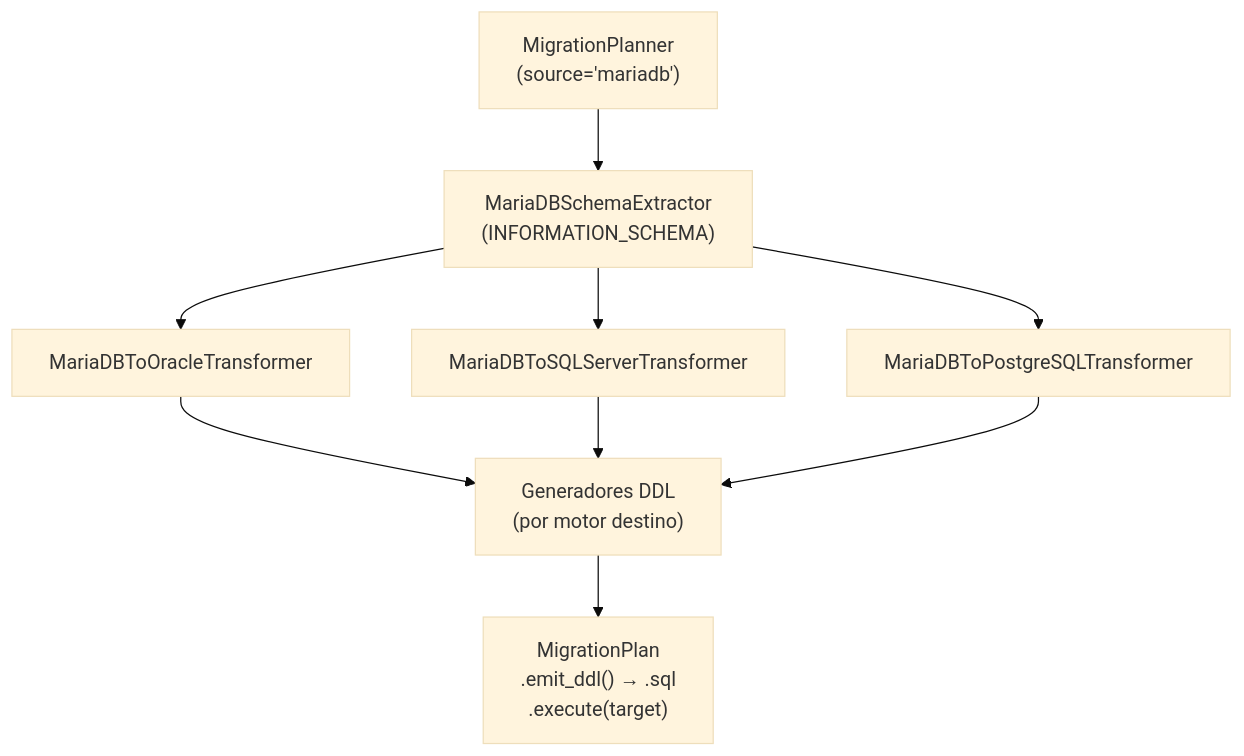
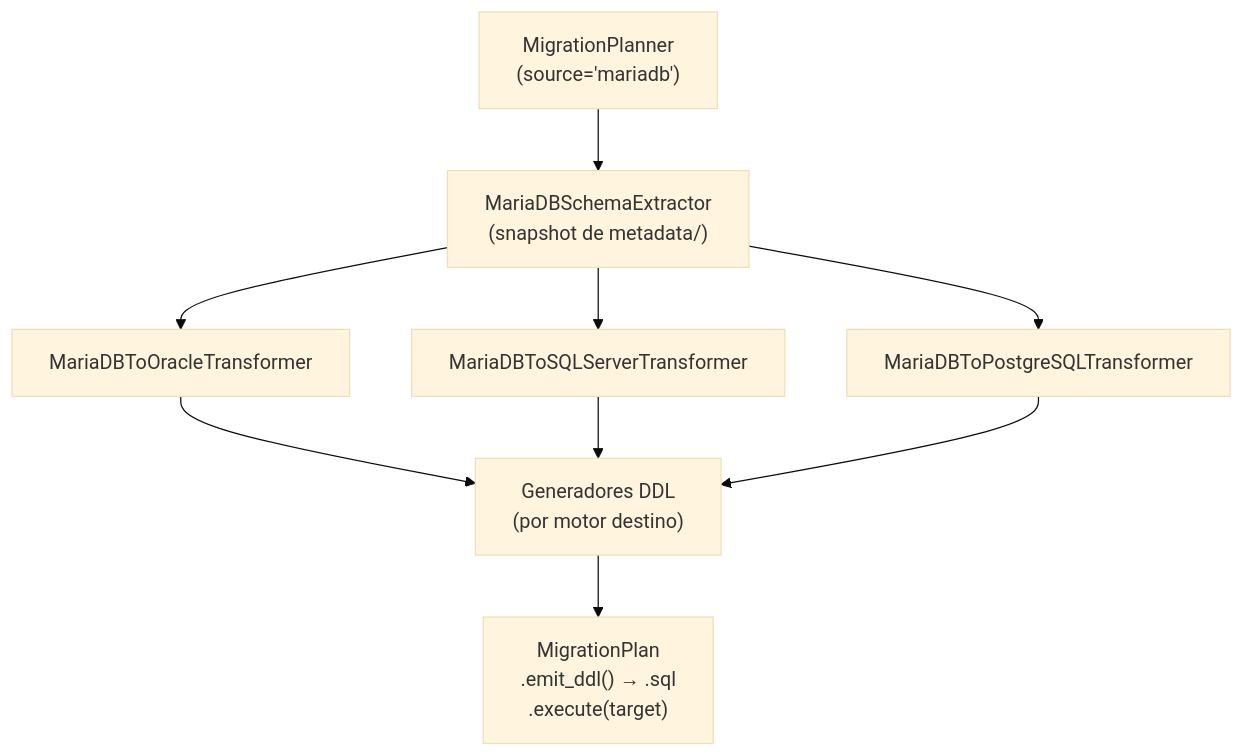
The diagram in docs/api/migrate_mariadb_source.md (fmanza/util_bbdd), drawn with Mermaid (base theme) before and after one commit. The commit also changed other lines of this file and 53 other files, not shown here.

````diff
--- a/docs/api/migrate_mariadb_source.md
+++ b/docs/api/migrate_mariadb_source.md
@@ -7,15 +7,15 @@
 ```mermaid
 flowchart TD
     PL["MigrationPlanner\n(source='mariadb')"]
-    EX["MariaDBSchemaExtractor\n(INFORMATION_SCHEMA)"]
+    EX["MariaDBSchemaExtractor\n(snapshot de metadata/)"]
     TR_OR["MariaDBToOracleTransformer"]
     TR_SS["MariaDBToSQLServerTransformer"]
     TR_PG["MariaDBToPostgreSQLTransformer"]
     EM["Generadores DDL\n(por motor destino)"]
     OUT["MigrationPlan\n.emit_ddl() → .sql\n.execute(target)"]
 
     PL --> EX
     EX --> TR_OR & TR_SS & TR_PG
     TR_OR & TR_SS & TR_PG --> EM
     EM --> OUT
 ```
````
